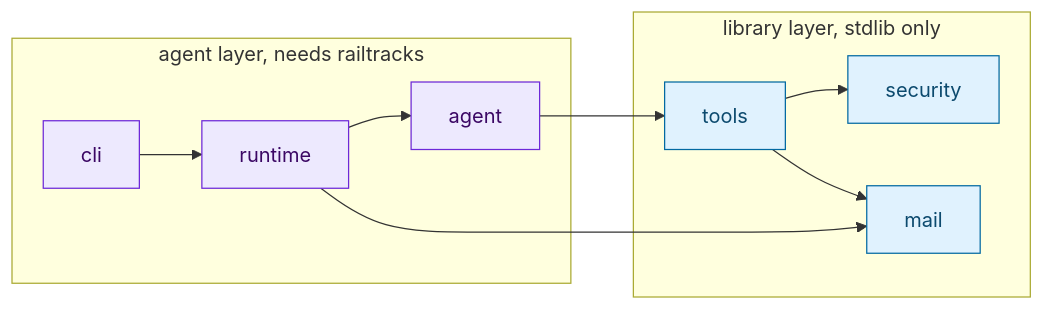
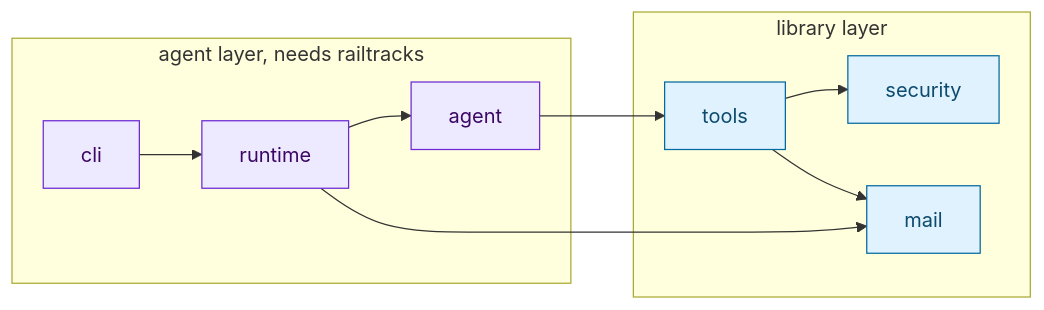
Before and after one commit to CoronRing/GS-Emalia: the diagram in docs/README.md, drawn with Mermaid. The commit also changed other lines of this file and 28 other files, not shown here.

````diff
--- a/docs/README.md
+++ b/docs/README.md
@@ -45,17 +51,17 @@
 ```mermaid
 flowchart LR
     subgraph agent["agent layer, needs railtracks"]
         CLI[cli] --> RUN[runtime] --> AG[agent]
     end
-    subgraph lib["library layer, stdlib only"]
+    subgraph lib["library layer"]
         TL[tools] --> SEC[security]
         TL --> ML[mail]
     end
     AG --> TL
     RUN --> ML
 
     classDef a fill:#ede9fe,stroke:#6d28d9,color:#3b0764
     classDef b fill:#e0f2fe,stroke:#0369a1,color:#0c4a6e
     class CLI,RUN,AG a
     class TL,SEC,ML b
 ```
````
